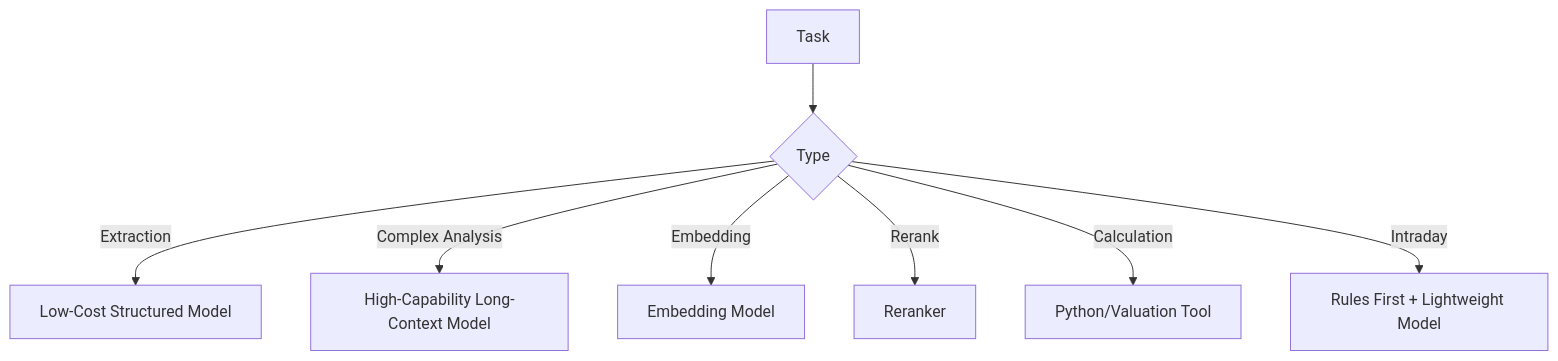
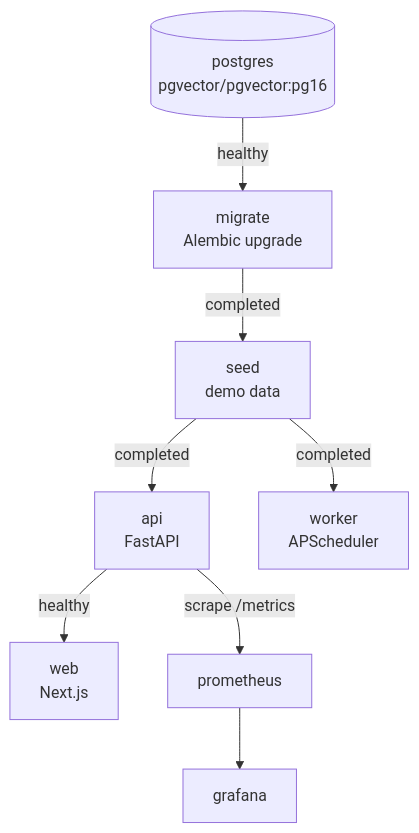
The third of 8 diagrams in docs/design/v0.1/architecture/Margin_Architecture_Design_v0.1_EN.md (RickyW0529/Margin), drawn with Mermaid before and after one commit. The commit also changed other lines of this file and 171 other files, not shown here.

````diff
--- a/docs/design/v0.1/architecture/Margin_Architecture_Design_v0.1_EN.md
+++ b/docs/design/v0.1/architecture/Margin_Architecture_Design_v0.1_EN.md
@@ -369,10 +115,19 @@
 ```mermaid
-flowchart TD
-    A[Task] --> B{Type}
-    B -->|Extraction| C[Low-Cost Structured Model]
-    B -->|Complex Analysis| D[High-Capability Long-Context Model]
-    B -->|Embedding| E[Embedding Model]
-    B -->|Rerank| F[Reranker]
-    B -->|Calculation| G[Python/Valuation Tool]
-    B -->|Intraday| H[Rules First + Lightweight Model]
+flowchart TB
+    Postgres[(postgres<br/>pgvector/pgvector:pg16)]
+    Migrate[migrate<br/>Alembic upgrade]
+    Seed[seed<br/>demo data]
+    API[api<br/>FastAPI]
+    Worker[worker<br/>APScheduler]
+    Web[web<br/>Next.js]
+    Prometheus[prometheus]
+    Grafana[grafana]
+
+    Postgres -->|healthy| Migrate
+    Migrate -->|completed| Seed
+    Seed -->|completed| API
+    Seed -->|completed| Worker
+    API -->|healthy| Web
+    API -->|scrape /metrics| Prometheus
+    Prometheus --> Grafana
 ```
````
